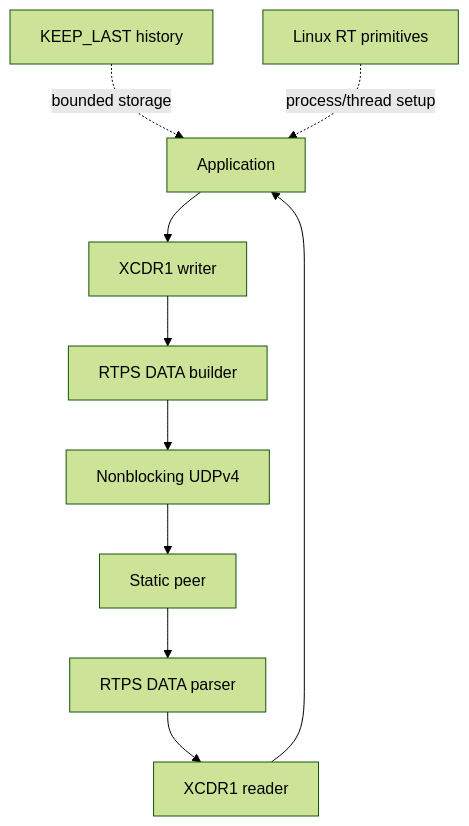
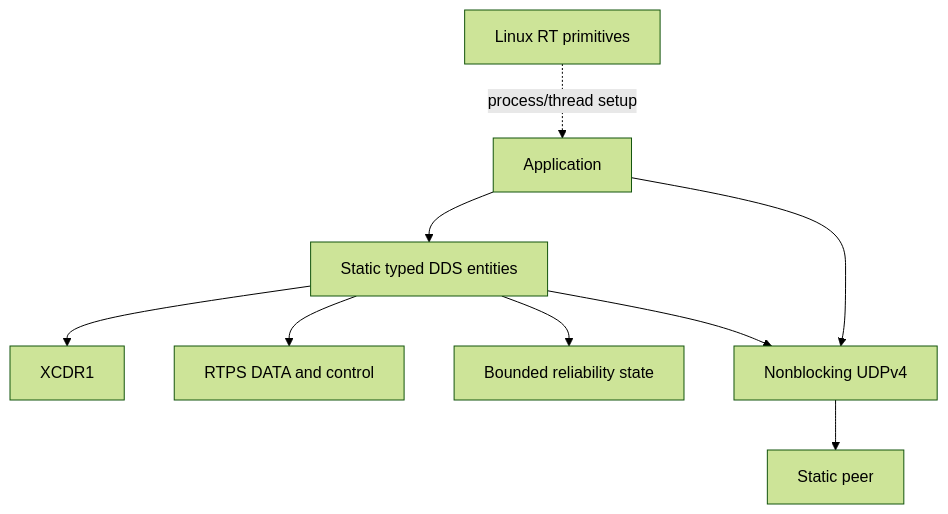
The first of 2 diagrams in docs/design/system/detailed-design.md (indrakanti/openRTDDS), drawn with Mermaid (forest theme) before and after one commit. The commit also changed other lines of this file and 18 other files, not shown here.

Commit message:
Add static typed DDS publish/subscribe API

````diff
--- a/docs/design/system/detailed-design.md
+++ b/docs/design/system/detailed-design.md
@@ -15,12 +16,11 @@
 ```mermaid
 flowchart TD
-    App[Application] --> CDR[XCDR1 writer]
-    CDR --> RTPS[RTPS DATA builder]
-    RTPS --> UDP[Nonblocking UDPv4]
+    App[Application] --> DDS[Static typed DDS entities]
+    DDS --> CDR[XCDR1]
+    DDS --> RTPS[RTPS DATA and control]
+    DDS --> REL[Bounded reliability state]
+    App --> UDP[Nonblocking UDPv4]
+    DDS --> UDP
     UDP --> Peer[Static peer]
-    Peer --> Parser[RTPS DATA parser]
-    Parser --> Reader[XCDR1 reader]
-    Reader --> App
-    History[KEEP_LAST history] -. bounded storage .-> App
     Linux[Linux RT primitives] -. process/thread setup .-> App
 ```
````
